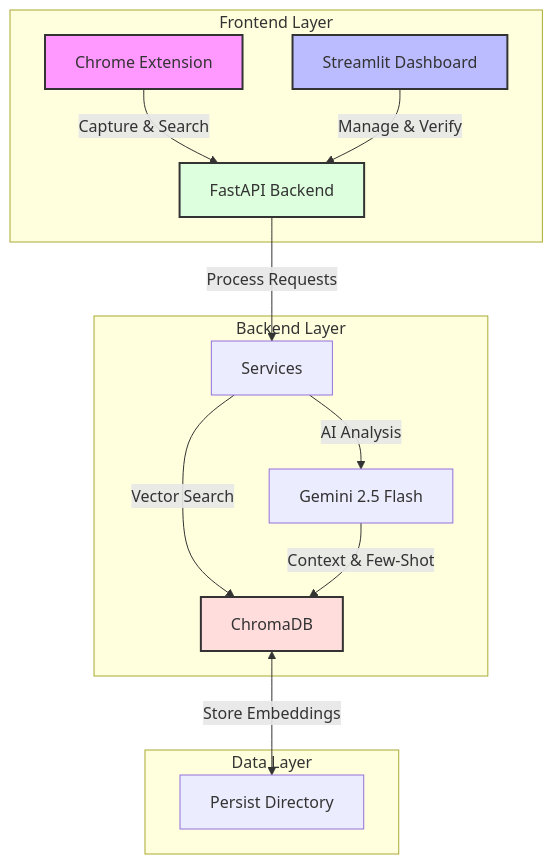
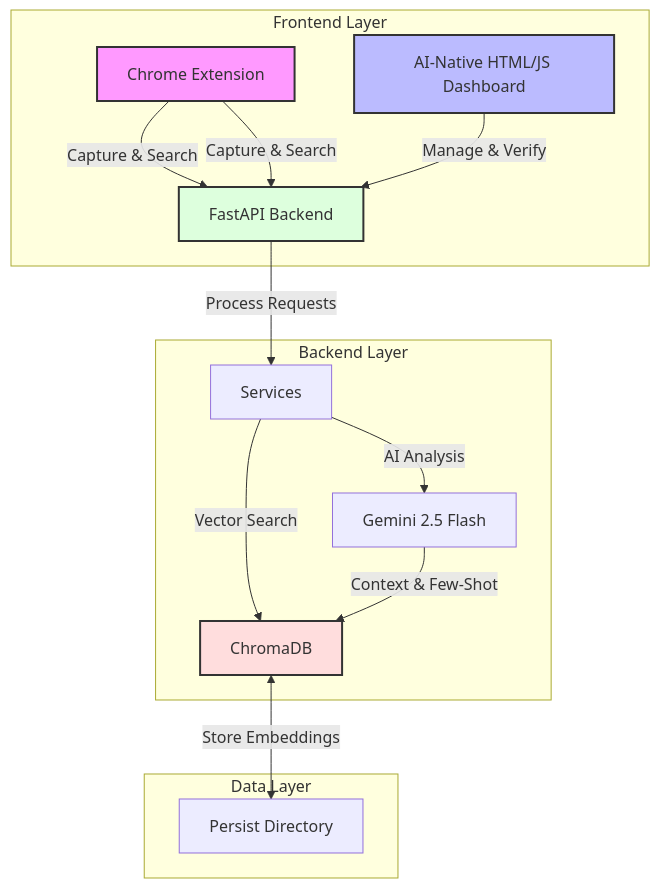
The diagram in README.md (jmoncayo-pursuit/Knowledge-Weaver), drawn with Mermaid before and after one commit. The commit also changed other lines of this file and 14 other files, not shown here.

Commit message:
Docs: Deprecated Streamlit and documented new AI-Native Dashboard

````diff
--- a/README.md
+++ b/README.md
@@ -11,23 +11,24 @@
 ```mermaid
 graph TD
     subgraph "Frontend Layer"
         CE[Chrome Extension] -->|Capture & Search| API
-        DB[Streamlit Dashboard] -->|Manage & Verify| API
+        CE[Chrome Extension] -->|Capture & Search| API
+        DB[AI-Native HTML/JS Dashboard] -->|Manage & Verify| API
     end
 
     subgraph "Backend Layer"
         API[FastAPI Backend] -->|Process Requests| S[Services]
         S -->|Vector Search| VDB[ChromaDB]
         S -->|AI Analysis| LLM[Gemini 2.5 Flash]
     end
 
     subgraph "Data Layer"
         VDB <-->|Store Embeddings| DISK[Persist Directory]
         LLM -->|Context & Few-Shot| VDB
     end
 
     style CE fill:#f9f,stroke:#333,stroke-width:2px
     style DB fill:#bbf,stroke:#333,stroke-width:2px
     style API fill:#dfd,stroke:#333,stroke-width:2px
     style VDB fill:#fdd,stroke:#333,stroke-width:2px
 ```
````
